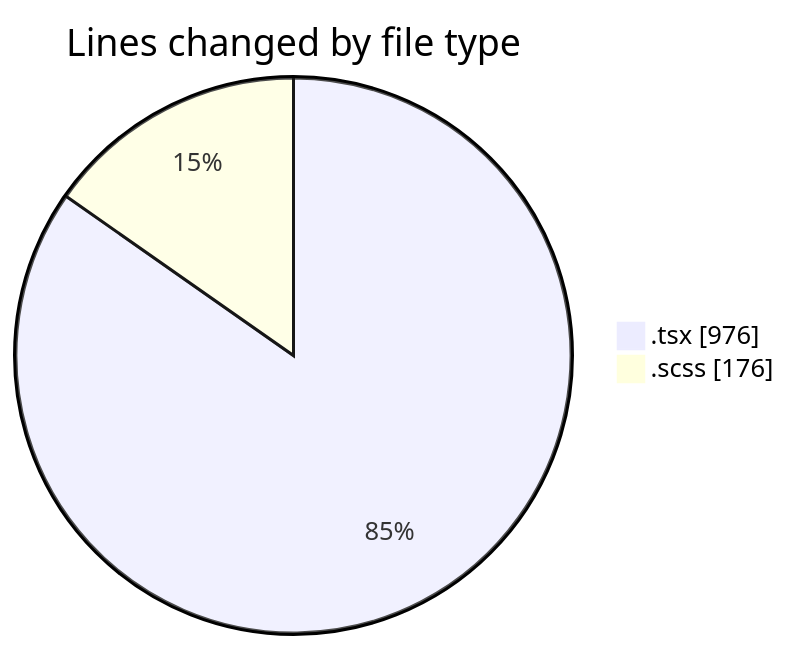
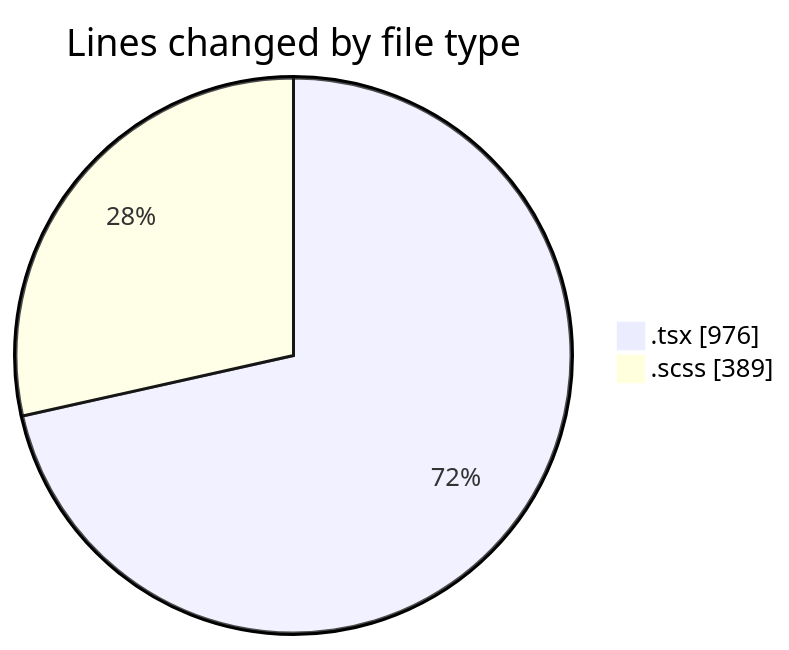
Before and after one commit to momahboobian/code-tracking: the first of 2 diagrams in 2025-04-10/cda/README.md, drawn with Mermaid. The commit also changed other lines of this file and 1 other file, not shown here.

````diff
--- a/2025-04-10/cda/README.md
+++ b/2025-04-10/cda/README.md
@@ -22,6 +23,6 @@
 ```mermaid
 pie showData
 title Lines changed by file type
 ".tsx" : 976
-".scss" : 176
+".scss" : 389
 ```
````
